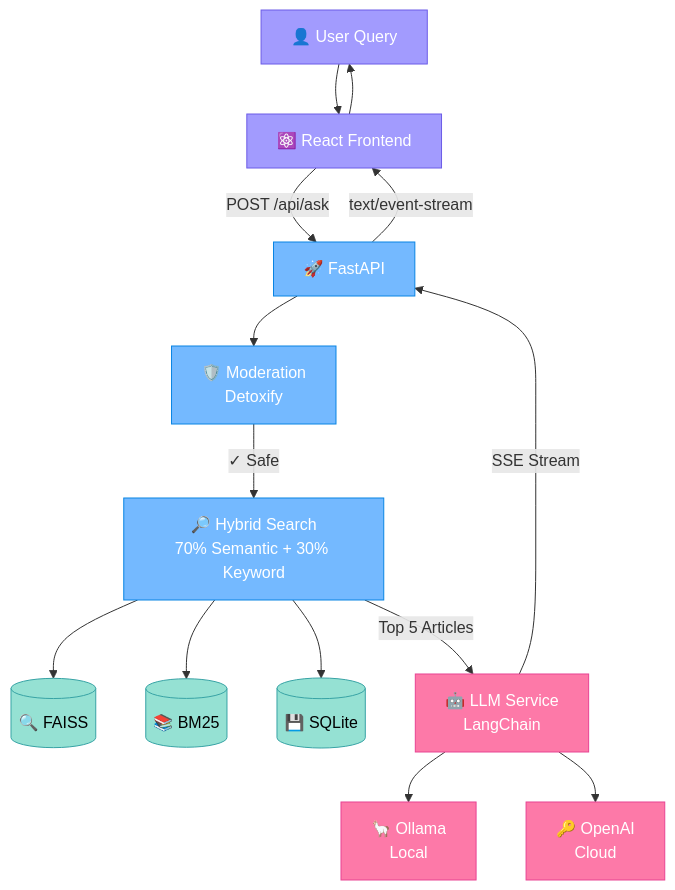
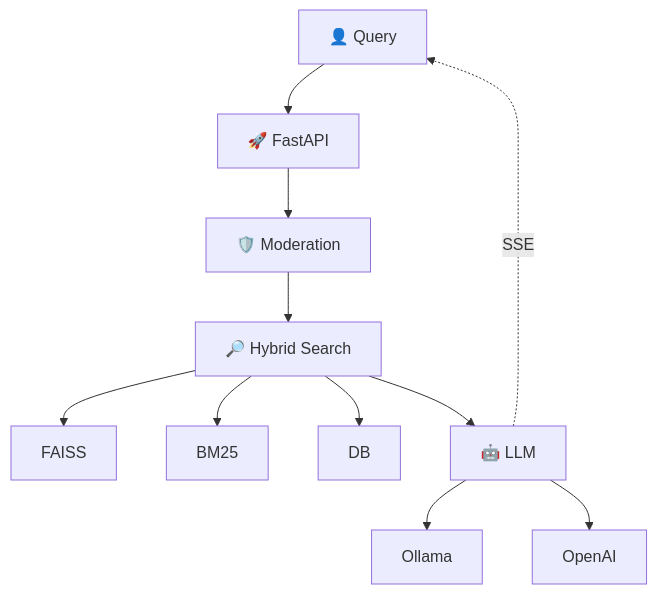
Before and after one commit to oscarthedev15/crypto-news-analyst: the third of 3 diagrams in architecture.md, drawn with Mermaid. The commit also changed other lines of this file and 2 other files, not shown here.

Commit message:
docs: streamline README, architecture; add reflection with MVP decisions, obstacles, and future work

````diff
--- a/architecture.md
+++ b/architecture.md
@@ -81,43 +61,10 @@
 ```mermaid
 flowchart TB
-    USER[👤 User Query]
-    REACT[⚛️ React Frontend]
-    API[🚀 FastAPI]
-
-    MOD[🛡️ Moderation<br/>Detoxify]
-
-    SEARCH[🔎 Hybrid Search<br/>70% Semantic + 30% Keyword]
-
-    FAISS[(🔍 FAISS)]
-    BM25[(📚 BM25)]
-    DB[(💾 SQLite)]
-
-    LLM[🤖 LLM Service<br/>LangChain]
-
-    OLLAMA[🦙 Ollama<br/>Local]
-    OPENAI[🔑 OpenAI<br/>Cloud]
-
-    USER --> REACT
-    REACT -->|POST /api/ask| API
-    API --> MOD
-    MOD -->|✓ Safe| SEARCH
-    SEARCH --> FAISS
-    SEARCH --> BM25
-    SEARCH --> DB
-    SEARCH -->|Top 5 Articles| LLM
-    LLM --> OLLAMA
-    LLM --> OPENAI
-    LLM -->|SSE Stream| API
-    API -->|text/event-stream| REACT
-    REACT --> USER
-
-    classDef frontend fill:#a29bfe,stroke:#6c5ce7,color:#fff
-    classDef backend fill:#74b9ff,stroke:#0984e3,color:#fff
-    classDef data fill:#95e1d3,stroke:#38a3a5,color:#000
-    classDef llm fill:#fd79a8,stroke:#e84393,color:#fff
-
-    class USER,REACT frontend
-    class API,MOD,SEARCH backend
-    class FAISS,BM25,DB data
-    class LLM,OLLAMA,OPENAI llm
+    USER[👤 Query] --> API[🚀 FastAPI]
+    API --> MOD[🛡️ Moderation]
+    MOD --> SEARCH[🔎 Hybrid Search]
+    SEARCH --> FAISS & BM25 & DB
+    SEARCH --> LLM[🤖 LLM]
+    LLM --> OLLAMA[Ollama] & OPENAI[OpenAI]
+    LLM -.->|SSE| USER
 ```
````
